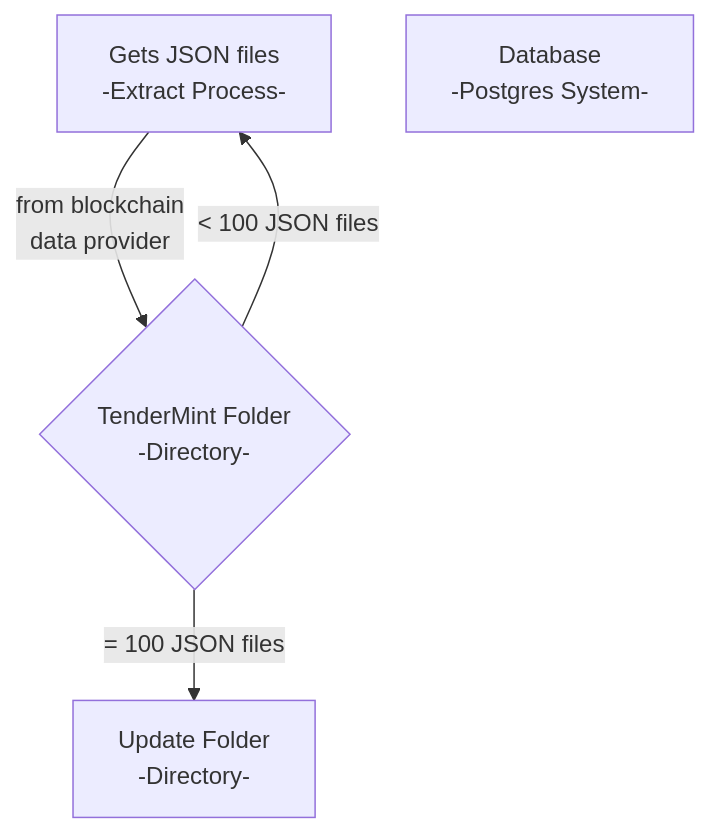
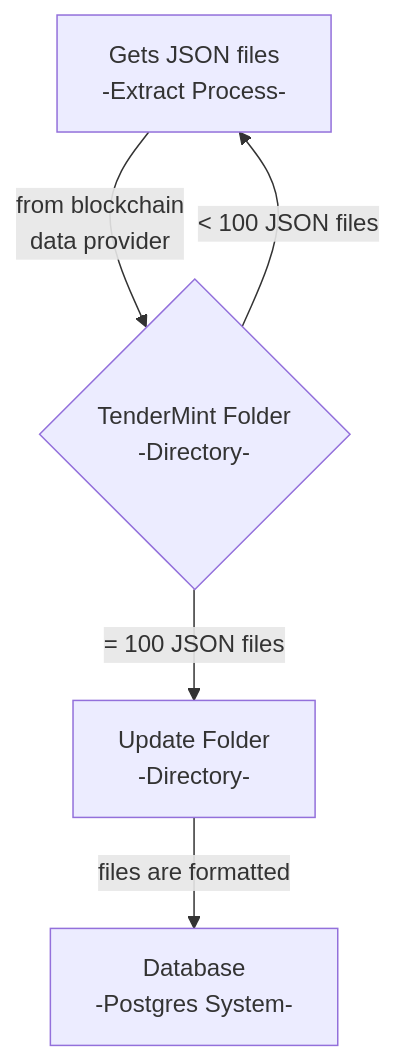
Before and after one commit to patmcfarland/one: the diagram in README.md, drawn with Mermaid.

````diff
--- a/README.md
+++ b/README.md
@@ -1,9 +1,10 @@
 ```mermaid
 flowchart TD
 A[Gets JSON files<br>-Extract Process-]
 A -- from blockchain<br>data provider --> B
 B{TenderMint Folder<br>-Directory-}
 B -- = 100 JSON files --> C[Update Folder<br>-Directory-]
 B -- < 100 JSON files --> A
+C -- files are formatted --> D
 D[Database<br>-Postgres System-]
 ```
````
